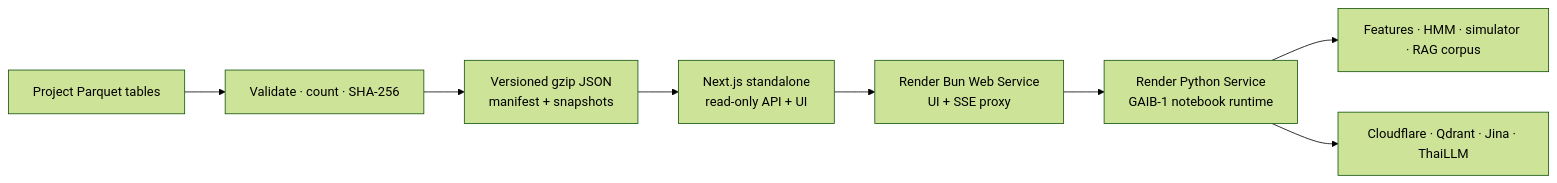
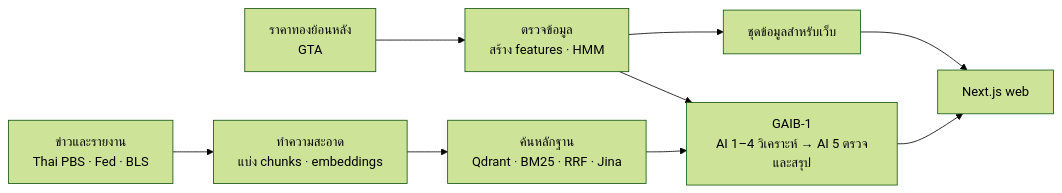
The diagram in README.md (op71312/gold_assisstant), drawn with Mermaid (forest theme) before and after one commit. The commit also changed other lines of this file and 4 other files, not shown here.

````diff
--- a/README.md
+++ b/README.md
@@ -127,10 +16,11 @@
 ```mermaid
 flowchart LR
-  parquet["Project Parquet tables"] --> export["Validate · count · SHA-256"]
-  export --> bundle["Versioned gzip JSON<br/>manifest + snapshots"]
-  bundle --> next["Next.js standalone<br/>read-only API + UI"]
-  next --> render["Render Bun Web Service<br/>UI + SSE proxy"]
-  render --> py["Render Python Service<br/>GAIB-1 notebook runtime"]
-  py --> artifacts["Features · HMM · simulator · RAG corpus"]
-  py --> remote["Cloudflare · Qdrant · Jina · ThaiLLM"]
+  market["ราคาทองย้อนหลัง<br/>GTA"] --> features["ตรวจข้อมูล<br/>สร้าง features · HMM"]
+  news["ข่าวและรายงาน<br/>Thai PBS · Fed · BLS"] --> corpus["ทำความสะอาด<br/>แบ่ง chunks · embeddings"]
+  corpus --> retrieval["ค้นหลักฐาน<br/>Qdrant · BM25 · RRF · Jina"]
+  features --> agents["GAIB-1<br/>AI 1–4 วิเคราะห์ → AI 5 ตรวจและสรุป"]
+  retrieval --> agents
+  features --> webdata["ชุดข้อมูลสำหรับเว็บ"]
+  webdata --> web["Next.js web"]
+  agents --> web
 ```
````
